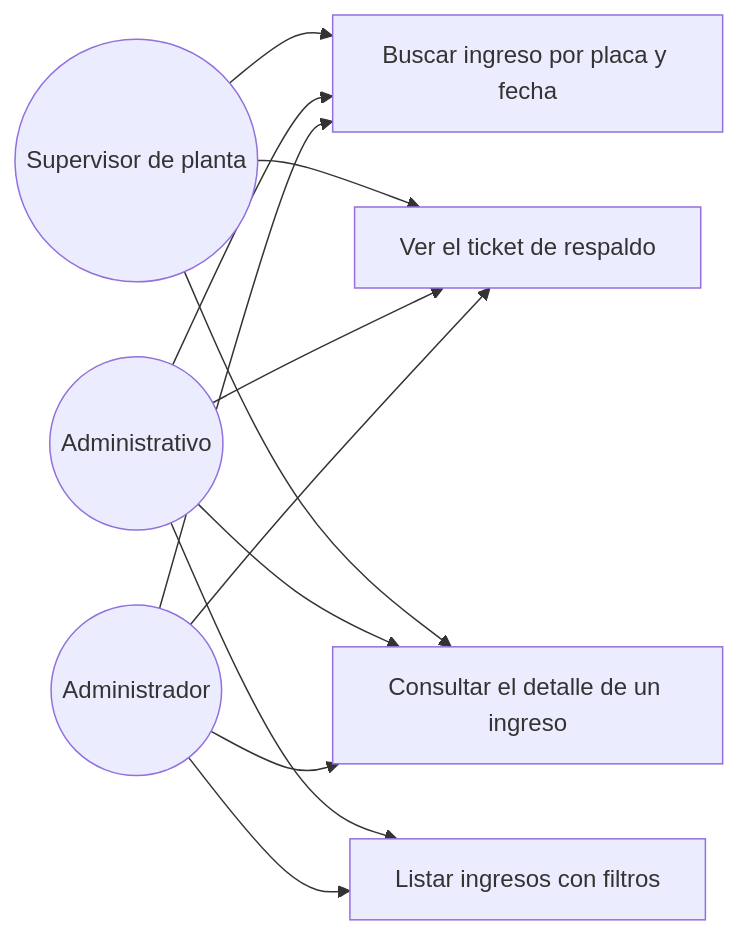
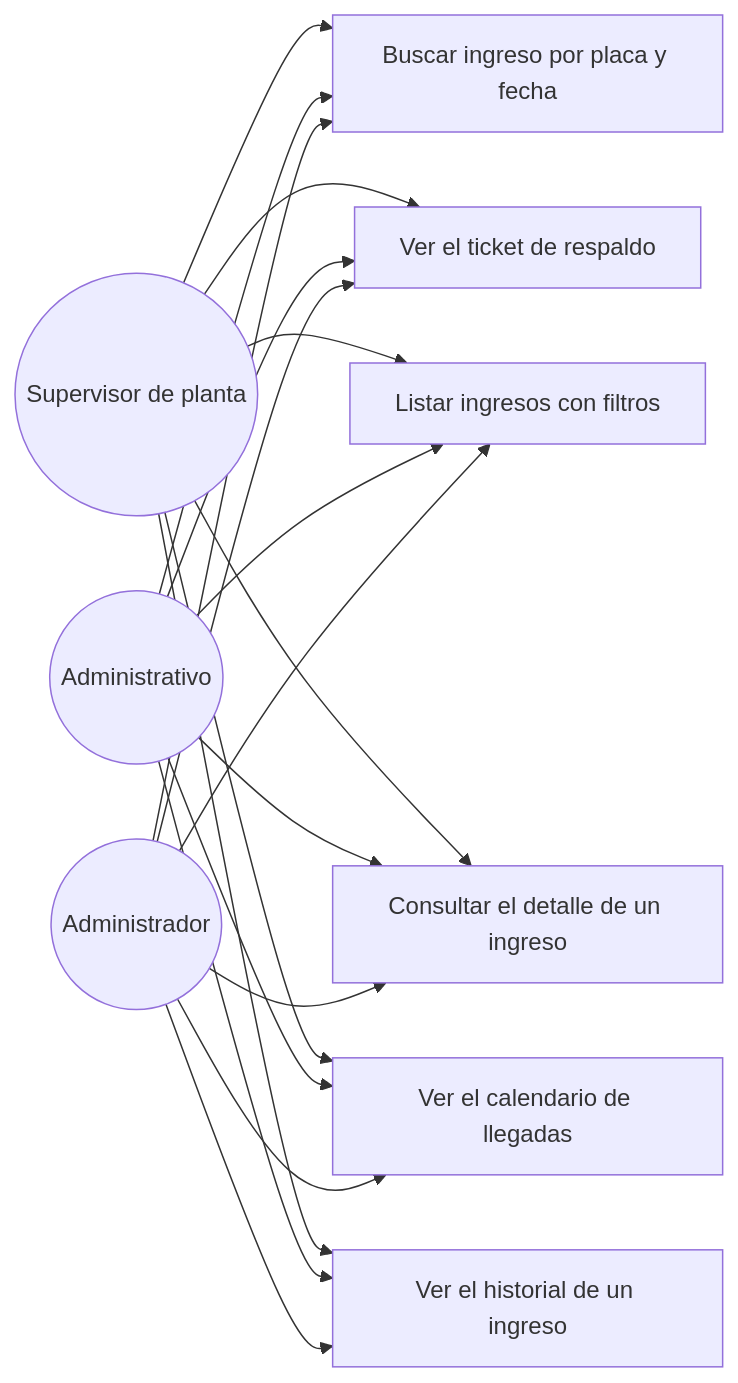
One commit to adlerOmonte1/LogisticaMinera changed the diagram in docs/modulos/M07-consulta/diagramas/caso_uso.md. Above: the diagram before and after it, drawn with Mermaid. The commit also changed other lines of this file and 9 other files, not shown here.

````diff
--- a/docs/modulos/M07-consulta/diagramas/caso_uso.md
+++ b/docs/modulos/M07-consulta/diagramas/caso_uso.md
@@ -3,23 +3,32 @@
 ```mermaid
 flowchart LR
     SUP(("Supervisor de planta"))
     ADV(("Administrativo"))
     ADM(("Administrador"))
 
     UC1["Buscar ingreso por placa y fecha"]
     UC2["Ver el ticket de respaldo"]
     UC3["Listar ingresos con filtros"]
     UC4["Consultar el detalle de un ingreso"]
+    UC5["Ver el calendario de llegadas"]
+    UC6["Ver el historial de un ingreso"]
 
     SUP --> UC1
     SUP --> UC2
+    SUP --> UC3
     SUP --> UC4
+    SUP --> UC5
+    SUP --> UC6
     ADV --> UC1
     ADV --> UC2
     ADV --> UC3
     ADV --> UC4
+    ADV --> UC5
+    ADV --> UC6
     ADM --> UC1
     ADM --> UC2
     ADM --> UC3
     ADM --> UC4
+    ADM --> UC5
+    ADM --> UC6
 ```
````
